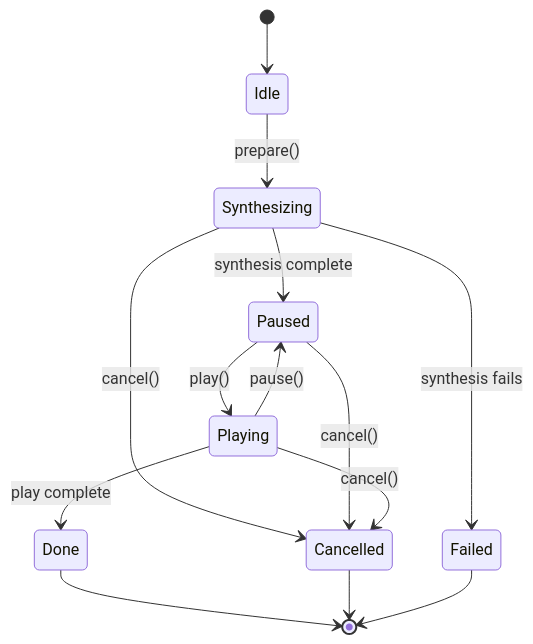
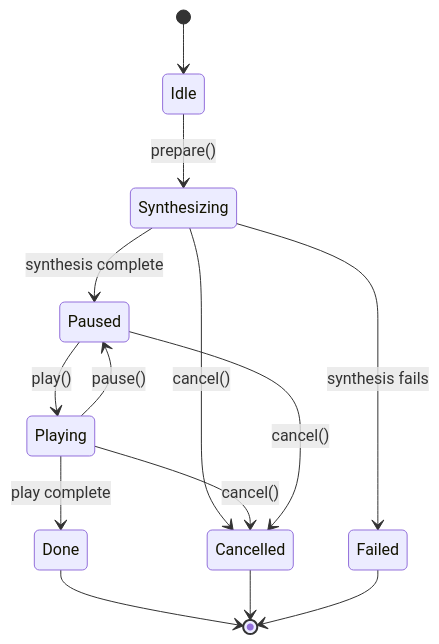
One commit to sc-voice/scv-app changed the diagram in doc/BackgroundPlayer.md. Above: the diagram before and after it, drawn with Mermaid.

Commit message:
BackgroundPlayer

````diff
--- a/doc/BackgroundPlayer.md
+++ b/doc/BackgroundPlayer.md
@@ -119,21 +119,22 @@
 ```mermaid
 stateDiagram-v2
     [*] --> Idle
 
     Idle --> Synthesizing: prepare()
 
     Synthesizing --> Paused: synthesis complete
     Synthesizing --> Failed: synthesis fails
     Synthesizing --> Cancelled: cancel()
 
     Paused --> Playing: play()
-    Paused --> Cancelled: cancel()
 
+    Playing --> Done: play complete
     Playing --> Paused: pause()
     Playing --> Cancelled: cancel()
-    Playing --> Done: play complete
+
+    Paused --> Cancelled: cancel()
 
     Done --> [*]
     Cancelled --> [*]
     Failed --> [*]
 ```
````
